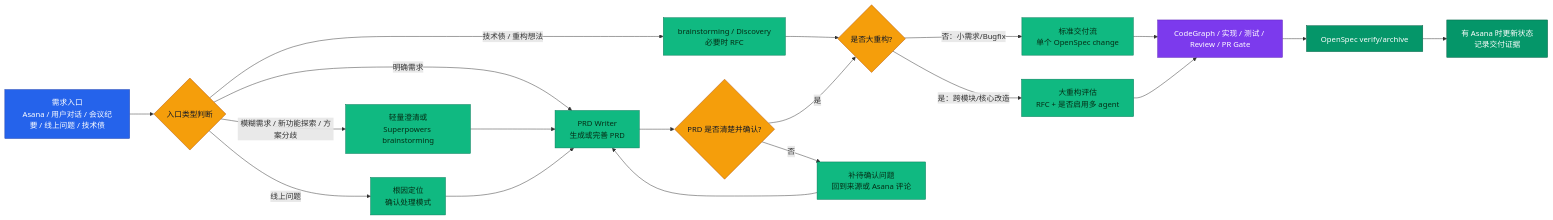
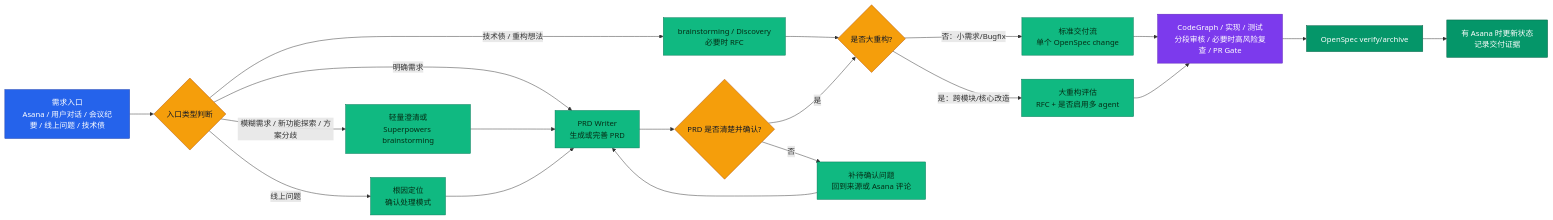
The first of 4 diagrams in 流程图.md (guobang1998/asana-openspec-java-workflow), drawn with Mermaid before and after one commit. The commit also changed other lines of this file and 15 other files, not shown here.

````diff
--- a/流程图.md
+++ b/流程图.md
@@ -5,35 +5,35 @@
 ```mermaid
 flowchart LR
   A["需求入口<br/>Asana / 用户对话 / 会议纪要 / 线上问题 / 技术债"] --> R{"入口类型判断"}
   R -- "明确需求" --> B["PRD Writer<br/>生成或完善 PRD"]
   R -- "模糊需求 / 新功能探索 / 方案分歧" --> S1["轻量澄清或<br/>Superpowers brainstorming"]
   R -- "线上问题" --> P["根因定位<br/>确认处理模式"]
   R -- "技术债 / 重构想法" --> T["brainstorming / Discovery<br/>必要时 RFC"]
   S1 --> B
   P --> B
   T --> E{"是否大重构?"}
   B --> C{"PRD 是否清楚并确认?"}
   C -- "否" --> D["补待确认问题<br/>回到来源或 Asana 评论"] --> B
   C -- "是" --> E
 
   E -- "否：小需求/Bugfix" --> F["标准交付流<br/>单个 OpenSpec change"]
   E -- "是：跨模块/核心改造" --> G["大重构评估<br/>RFC + 是否启用多 agent"]
 
-  F --> H["CodeGraph / 实现 / 测试 / Review / PR Gate"]
+  F --> H["CodeGraph / 实现 / 测试<br/>分段审核 / 必要时高风险复查 / PR Gate"]
   G --> H
   H --> I["OpenSpec verify/archive"]
   I --> J["有 Asana 时更新状态<br/>记录交付证据"]
 
   classDef intake fill:#2563eb,color:#fff,stroke:#1e40af,stroke-width:1px;
   classDef decision fill:#f59e0b,color:#111827,stroke:#b45309,stroke-width:1px;
   classDef doc fill:#10b981,color:#052e16,stroke:#047857,stroke-width:1px;
   classDef work fill:#7c3aed,color:#fff,stroke:#5b21b6,stroke-width:1px;
   classDef done fill:#059669,color:#fff,stroke:#065f46,stroke-width:1px;
 
   class A intake;
   class B,D,F,G,P,T doc;
   class C,E,R decision;
   class S1 doc;
   class H work;
   class I,J done;
 ```
````
